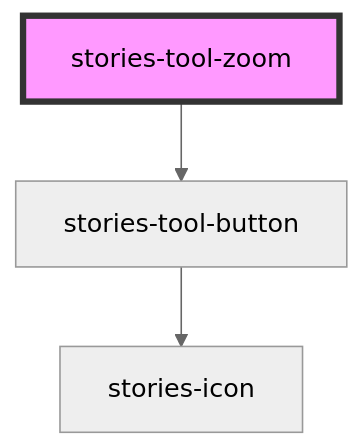
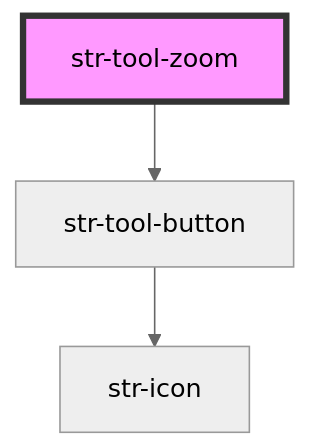
The diagram in packages/core/src/components/tool-zoom/readme.md (storiesjs/stories), drawn with Mermaid (neutral theme) before and after one commit. The commit also changed other lines of this file and 221 other files, not shown here.

Commit message:
Stories prefix rename to str

````diff
--- a/packages/core/src/components/tool-zoom/readme.md
+++ b/packages/core/src/components/tool-zoom/readme.md
@@ -15,6 +15,6 @@
 ```mermaid
 graph TD;
-  stories-tool-zoom --> stories-tool-button
-  stories-tool-button --> stories-icon
-  style stories-tool-zoom fill:#f9f,stroke:#333,stroke-width:4px
+  str-tool-zoom --> str-tool-button
+  str-tool-button --> str-icon
+  style str-tool-zoom fill:#f9f,stroke:#333,stroke-width:4px
 ```
````
